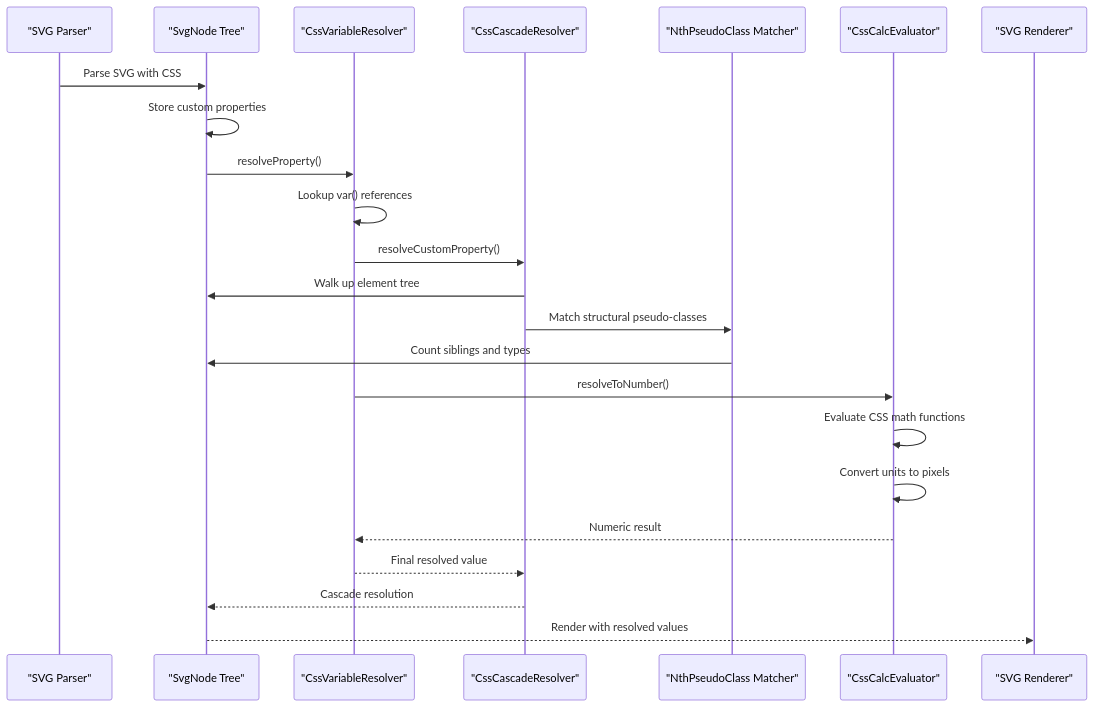
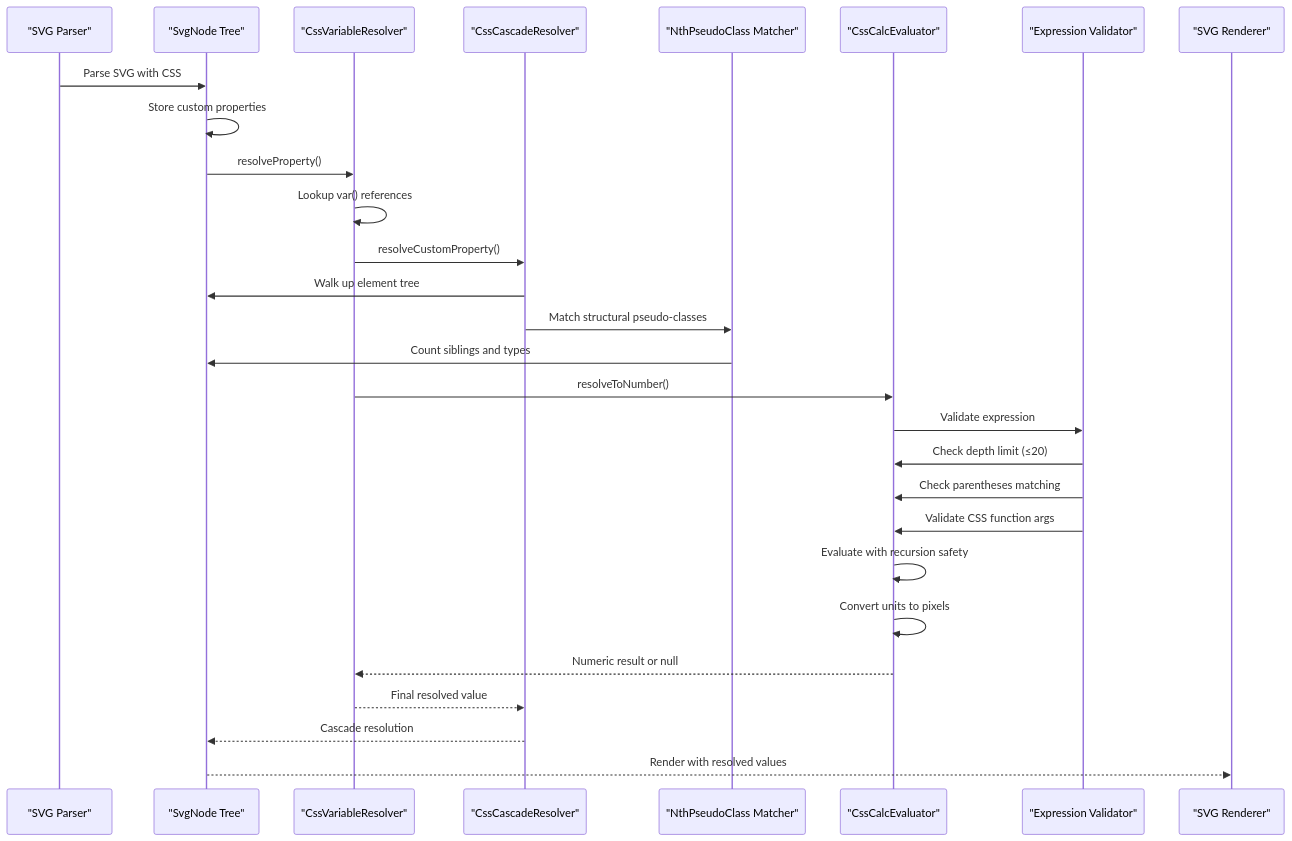
One commit to denisnadey/flutter_full_svg_support changed the fifth of 10 diagrams in .qoder/repowiki/en/content/Animated SVG Support/Advanced Animation Features/Enhanced CSS Variables and Calculations/Enhanced CSS Variables and Calculations.md. Above: the diagram before and after it, drawn with Mermaid. The commit also changed other lines of this file and 40 other files, not shown here.

````diff
--- a/.qoder/repowiki/en/content/Animated SVG Support/Advanced Animation Features/Enhanced CSS Variables and Calculations/Enhanced CSS Variables and Calculations.md
+++ b/.qoder/repowiki/en/content/Animated SVG Support/Advanced Animation Features/Enhanced CSS Variables and Calculations/Enhanced CSS Variables and Calculations.md
@@ -245,25 +249,30 @@
 ```mermaid
 sequenceDiagram
 participant Parser as "SVG Parser"
 participant DOM as "SvgNode Tree"
 participant Resolver as "CssVariableResolver"
 participant Cascade as "CssCascadeResolver"
 participant NthMatcher as "NthPseudoClass Matcher"
 participant Evaluator as "CssCalcEvaluator"
+participant Validator as "Expression Validator"
 participant Renderer as "SVG Renderer"
 Parser->>DOM : Parse SVG with CSS
 DOM->>DOM : Store custom properties
 DOM->>Resolver : resolveProperty()
 Resolver->>Resolver : Lookup var() references
 Resolver->>Cascade : resolveCustomProperty()
 Cascade->>DOM : Walk up element tree
 Cascade->>NthMatcher : Match structural pseudo-classes
 NthMatcher->>DOM : Count siblings and types
 Resolver->>Evaluator : resolveToNumber()
-Evaluator->>Evaluator : Evaluate CSS math functions
+Evaluator->>Validator : Validate expression
+Validator->>Evaluator : Check depth limit (≤20)
+Validator->>Evaluator : Check parentheses matching
+Validator->>Evaluator : Validate CSS function args
+Evaluator->>Evaluator : Evaluate with recursion safety
 Evaluator->>Evaluator : Convert units to pixels
-Evaluator-->>Resolver : Numeric result
+Evaluator-->>Resolver : Numeric result or null
 Resolver-->>Cascade : Final resolved value
 Cascade-->>DOM : Cascade resolution
 DOM-->>Renderer : Render with resolved values
 ```
````
